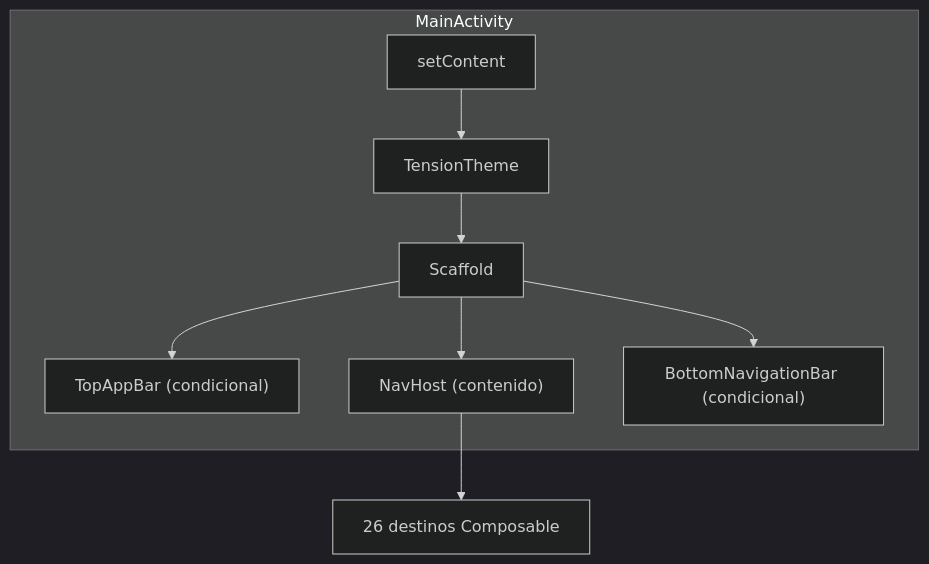
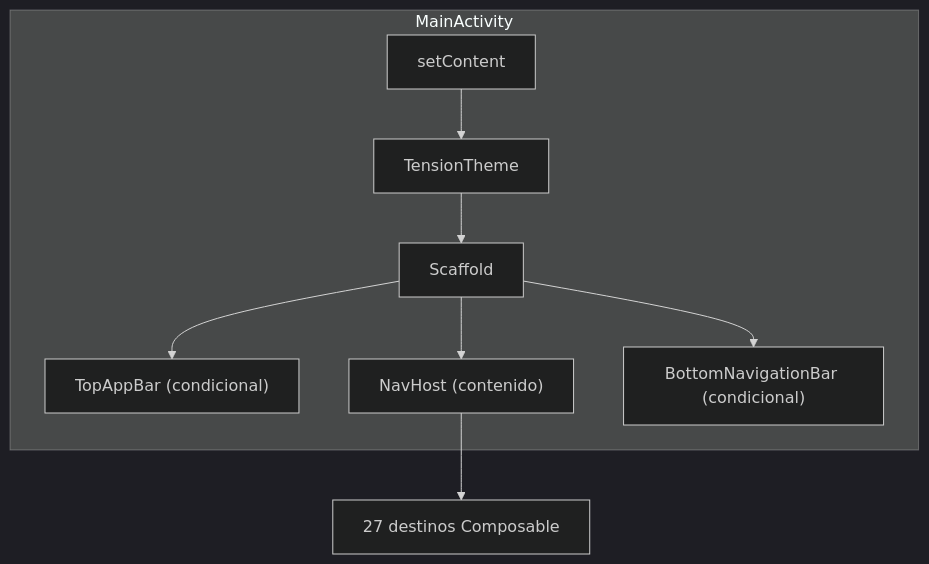
One commit to EstebanColoradoGonzalez/Tension changed the fifth of 7 diagrams in docs/architecture/Arquitectura Técnica.md. Above: the diagram before and after it, drawn with Mermaid (dark theme). The commit also changed other lines of this file and 292 other files, not shown here.

````diff
--- a/docs/architecture/Arquitectura Técnica.md
+++ b/docs/architecture/Arquitectura Técnica.md
@@ -347,12 +347,12 @@
 ```mermaid
 graph TD
     subgraph "MainActivity"
         A["setContent"] --> B["TensionTheme"]
         B --> C["Scaffold"]
         C --> D["TopAppBar (condicional)"]
         C --> E["NavHost (contenido)"]
         C --> F["BottomNavigationBar (condicional)"]
     end
 
-    E --> G["26 destinos Composable"]
+    E --> G["27 destinos Composable"]
 ```
````
